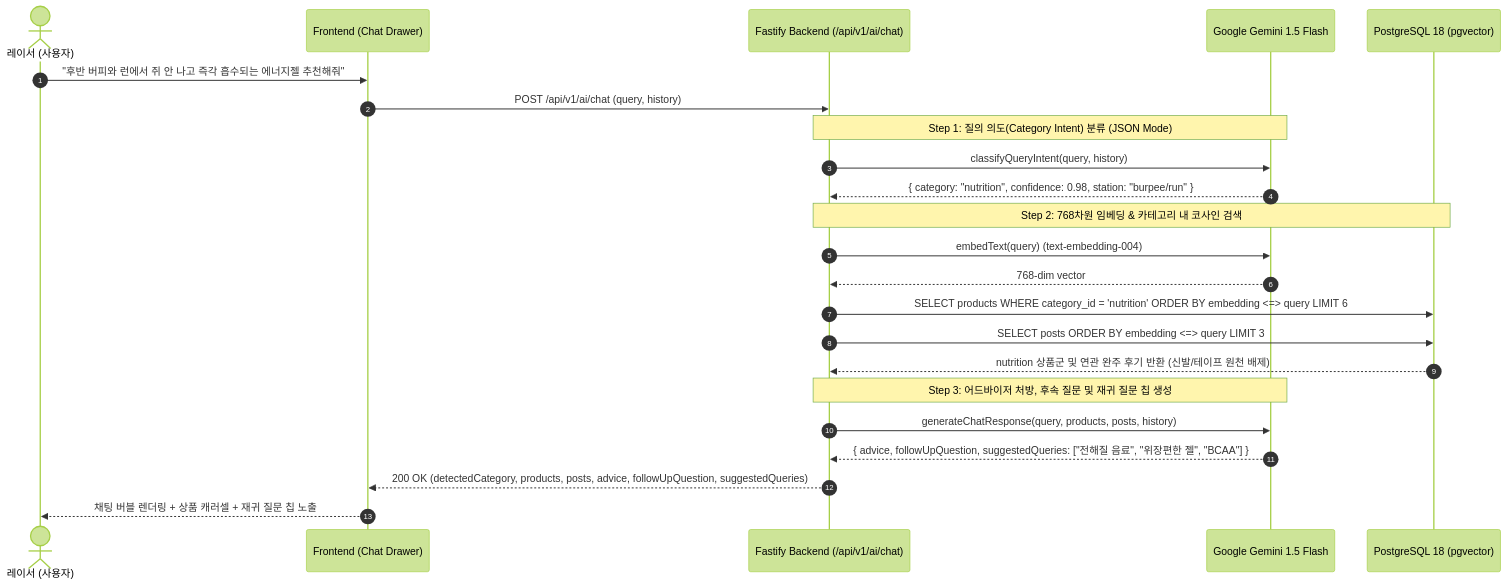
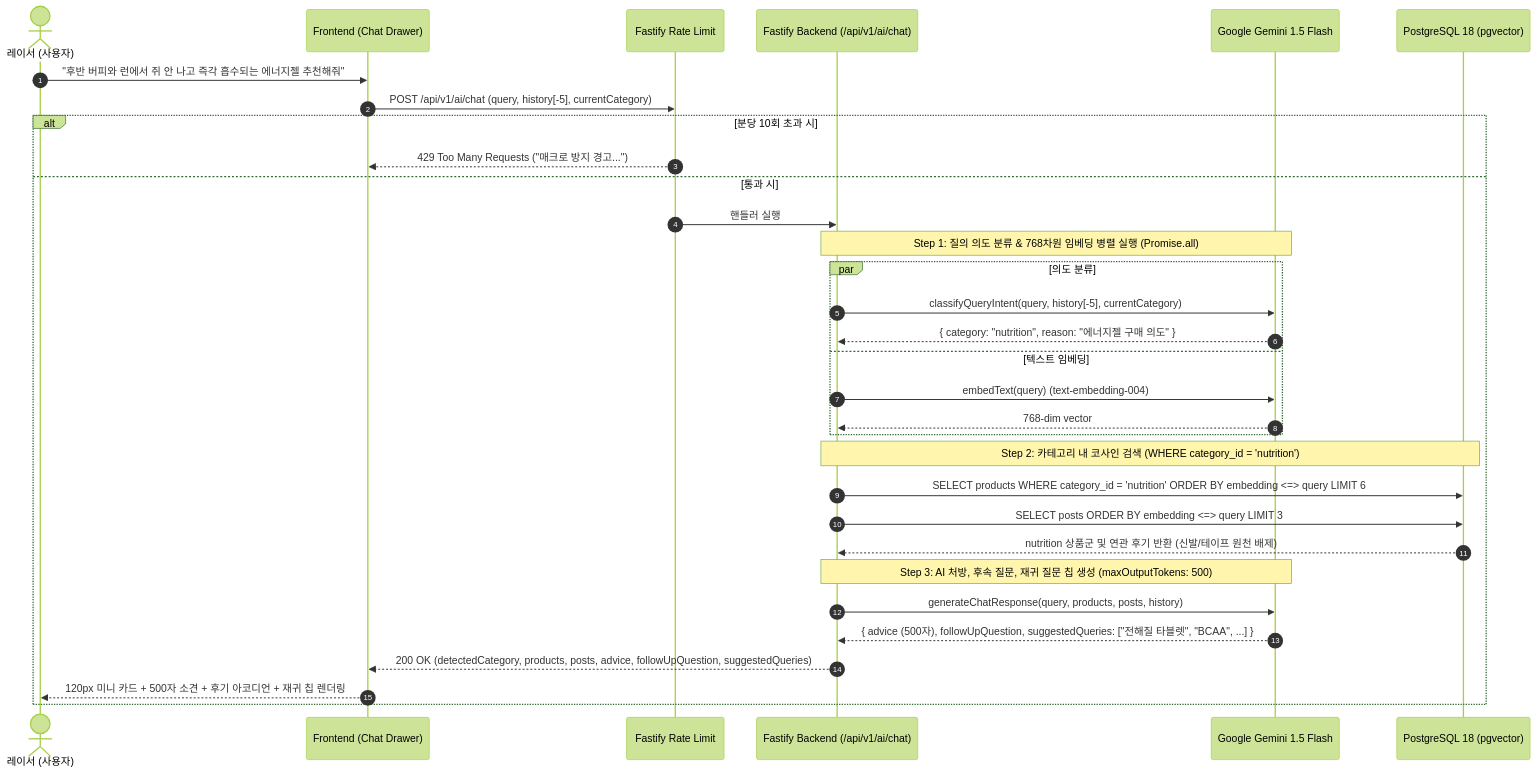
Before and after one commit to ddadadu/FittersSweat: the diagram in docs/superpowers/specs/2026-09-15-ai-chat-drawer-recommendation-design.md, drawn with Mermaid (forest theme). The commit also changed other lines of this file, not shown here.

Commit message:
docs(spec): finalize PRD & design spec for AI chat drawer with QA decisions

````diff
--- a/docs/superpowers/specs/2026-09-15-ai-chat-drawer-recommendation-design.md
+++ b/docs/superpowers/specs/2026-09-15-ai-chat-drawer-recommendation-design.md
@@ -73,30 +77,40 @@
 ```mermaid
 sequenceDiagram
     autonumber
     actor User as 레이서 (사용자)
     participant Client as Frontend (Chat Drawer)
+    participant RateLimit as Fastify Rate Limit
     participant API as Fastify Backend (/api/v1/ai/chat)
     participant Gemini as Google Gemini 1.5 Flash
     participant PG as PostgreSQL 18 (pgvector)
     
     User->>Client: "후반 버피와 런에서 쥐 안 나고 즉각 흡수되는 에너지젤 추천해줘"
-    Client->>API: POST /api/v1/ai/chat (query, history)
+    Client->>RateLimit: POST /api/v1/ai/chat (query, history[-5], currentCategory)
     
-    Note over API,Gemini: Step 1: 질의 의도(Category Intent) 분류 (JSON Mode)
-    API->>Gemini: classifyQueryIntent(query, history)
-    Gemini-->>API: { category: "nutrition", confidence: 0.98, station: "burpee/run" }
-    
-    Note over API,PG: Step 2: 768차원 임베딩 & 카테고리 내 코사인 검색
-    API->>Gemini: embedText(query) (text-embedding-004)
-    Gemini-->>API: 768-dim vector
-    API->>PG: SELECT products WHERE category_id = 'nutrition' ORDER BY embedding <=> query LIMIT 6
-    API->>PG: SELECT posts ORDER BY embedding <=> query LIMIT 3
-    PG-->>API: nutrition 상품군 및 연관 완주 후기 반환 (신발/테이프 원천 배제)
-    
-    Note over API,Gemini: Step 3: 어드바이저 처방, 후속 질문 및 재귀 질문 칩 생성
-    API->>Gemini: generateChatResponse(query, products, posts, history)
-    Gemini-->>API: { advice, followUpQuestion, suggestedQueries: ["전해질 음료", "위장편한 젤", "BCAA"] }
-    
-    API-->>Client: 200 OK (detectedCategory, products, posts, advice, followUpQuestion, suggestedQueries)
-    Client-->>User: 채팅 버블 렌더링 + 상품 캐러셀 + 재귀 질문 칩 노출
+    alt 분당 10회 초과 시
+        RateLimit-->>Client: 429 Too Many Requests ("매크로 방지 경고...")
+    else 통과 시
+        RateLimit->>API: 핸들러 실행
+        
+        Note over API,Gemini: Step 1: 질의 의도 분류 & 768차원 임베딩 병렬 실행 (Promise.all)
+        par 의도 분류
+            API->>Gemini: classifyQueryIntent(query, history[-5], currentCategory)
+            Gemini-->>API: { category: "nutrition", reason: "에너지젤 구매 의도" }
+        and 텍스트 임베딩
+            API->>Gemini: embedText(query) (text-embedding-004)
+            Gemini-->>API: 768-dim vector
+        end
+        
+        Note over API,PG: Step 2: 카테고리 내 코사인 검색 (WHERE category_id = 'nutrition')
+        API->>PG: SELECT products WHERE category_id = 'nutrition' ORDER BY embedding <=> query LIMIT 6
+        API->>PG: SELECT posts ORDER BY embedding <=> query LIMIT 3
+        PG-->>API: nutrition 상품군 및 연관 후기 반환 (신발/테이프 원천 배제)
+        
+        Note over API,Gemini: Step 3: AI 처방, 후속 질문, 재귀 질문 칩 생성 (maxOutputTokens: 500)
+        API->>Gemini: generateChatResponse(query, products, posts, history)
+        Gemini-->>API: { advice (500자), followUpQuestion, suggestedQueries: ["전해질 타블렛", "BCAA", ...] }
+        
+        API-->>Client: 200 OK (detectedCategory, products, posts, advice, followUpQuestion, suggestedQueries)
+        Client-->>User: 120px 미니 카드 + 500자 소견 + 후기 아코디언 + 재귀 칩 렌더링
+    end
 ```
````
